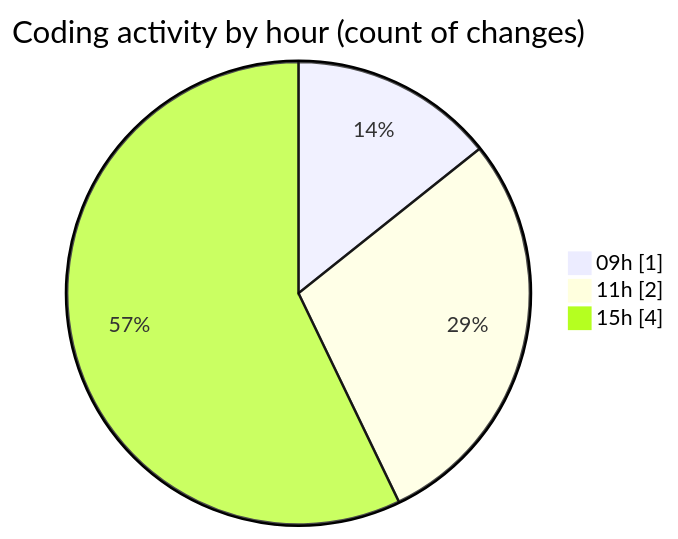
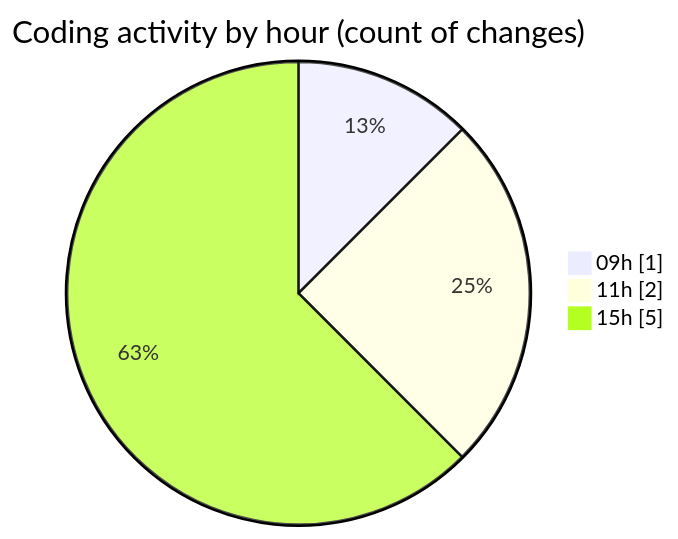
Before and after one commit to LanceThiago/code-tracking: the second of 2 diagrams in 2026-02-06/enviar_facturas/README.md, drawn with Mermaid. The commit also changed other lines of this file and 1 other file, not shown here.

````diff
--- a/2026-02-06/enviar_facturas/README.md
+++ b/2026-02-06/enviar_facturas/README.md
@@ -30,7 +30,7 @@
 ```mermaid
 pie showData
 title Coding activity by hour (count of changes)
 "09h" : 1
 "11h" : 2
-"15h" : 4
+"15h" : 5
 ```
````
